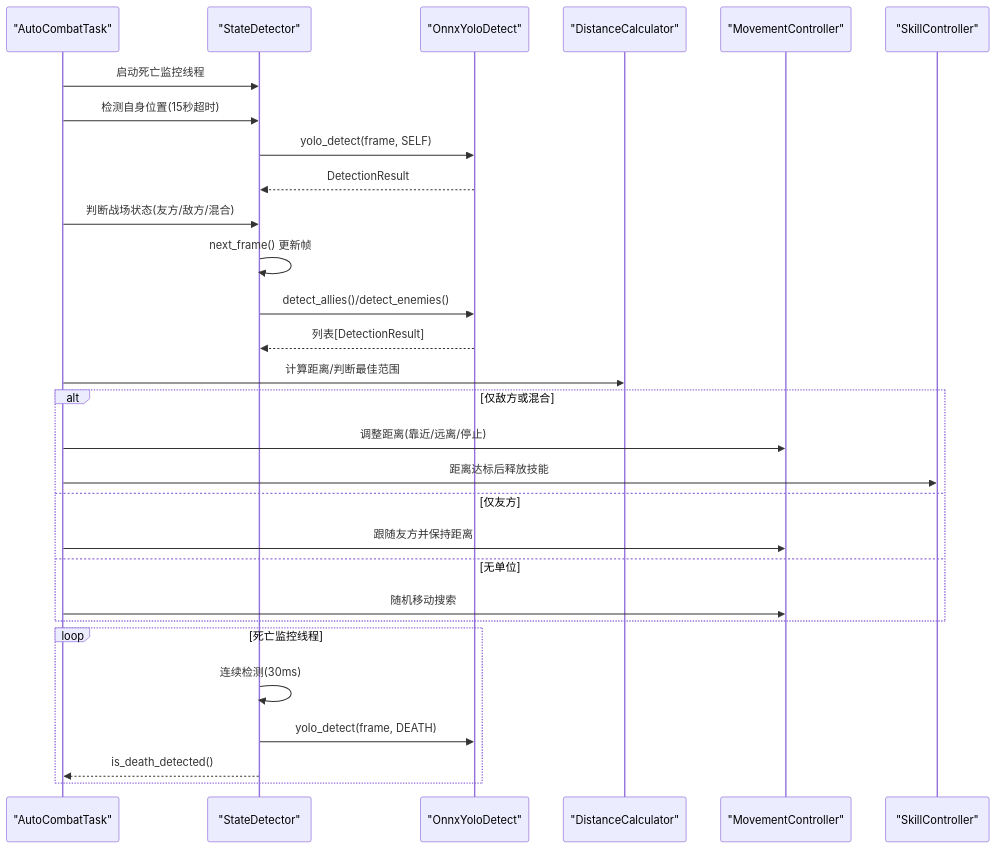
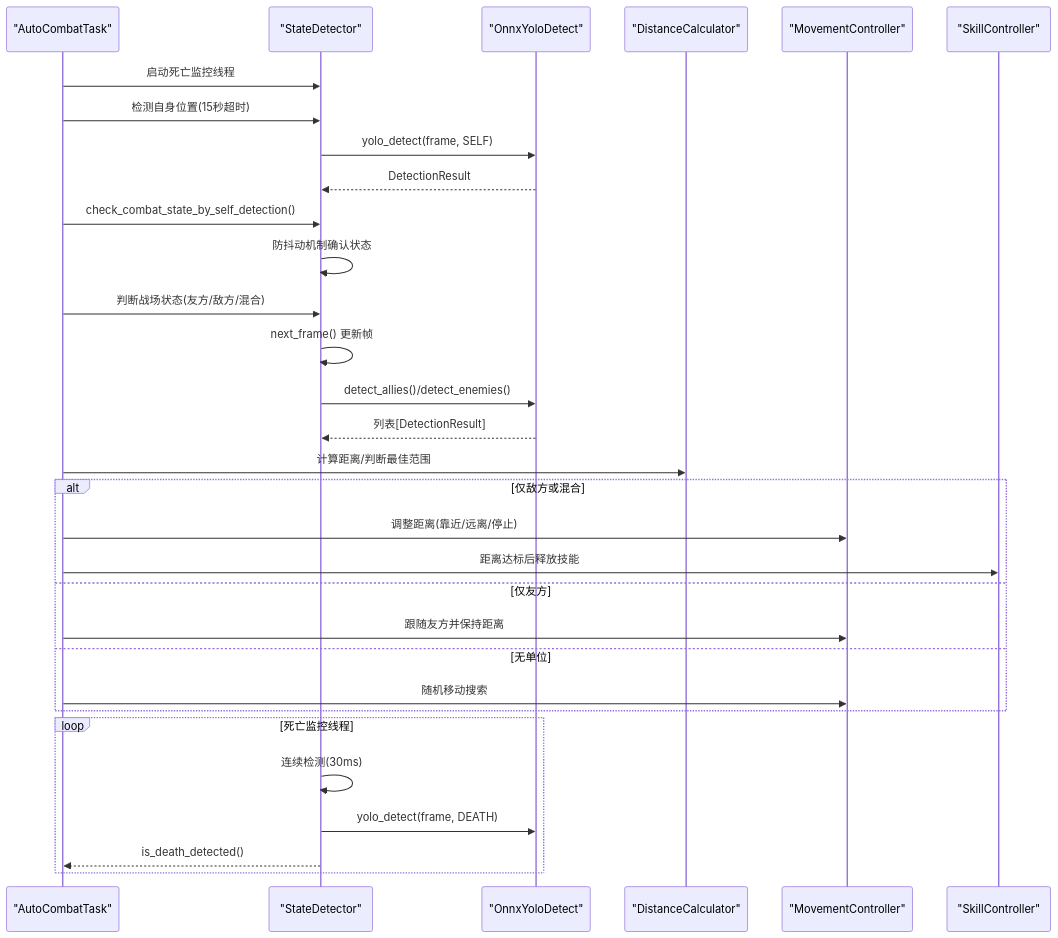
Before and after one commit to xsy098-max/ok-jump: the second of 5 diagrams in .qoder/repowiki/zh/content/战斗系统/战斗状态检测器.md, drawn with Mermaid. The commit also changed other lines of this file and 28 other files, not shown here.

````diff
--- a/.qoder/repowiki/zh/content/战斗系统/战斗状态检测器.md
+++ b/.qoder/repowiki/zh/content/战斗系统/战斗状态检测器.md
@@ -142,31 +145,33 @@
 ```mermaid
 sequenceDiagram
 participant Task as "AutoCombatTask"
 participant Detector as "StateDetector"
 participant YOLO as "OnnxYoloDetect"
 participant Dist as "DistanceCalculator"
 participant Move as "MovementController"
 participant Skill as "SkillController"
 Task->>Detector : 启动死亡监控线程
 Task->>Detector : 检测自身位置(15秒超时)
 Detector->>YOLO : yolo_detect(frame, SELF)
 YOLO-->>Detector : DetectionResult
+Task->>Detector : check_combat_state_by_self_detection()
+Detector->>Detector : 防抖动机制确认状态
 Task->>Detector : 判断战场状态(友方/敌方/混合)
 Detector->>Detector : next_frame() 更新帧
 Detector->>YOLO : detect_allies()/detect_enemies()
 YOLO-->>Detector : 列表[DetectionResult]
 Task->>Dist : 计算距离/判断最佳范围
 alt 仅敌方或混合
 Task->>Move : 调整距离(靠近/远离/停止)
 Task->>Skill : 距离达标后释放技能
 else 仅友方
 Task->>Move : 跟随友方并保持距离
 else 无单位
 Task->>Move : 随机移动搜索
 end
 loop 死亡监控线程
 Detector->>Detector : 连续检测(30ms)
 Detector->>YOLO : yolo_detect(frame, DEATH)
 Detector-->>Task : is_death_detected()
 end
 ```
````
